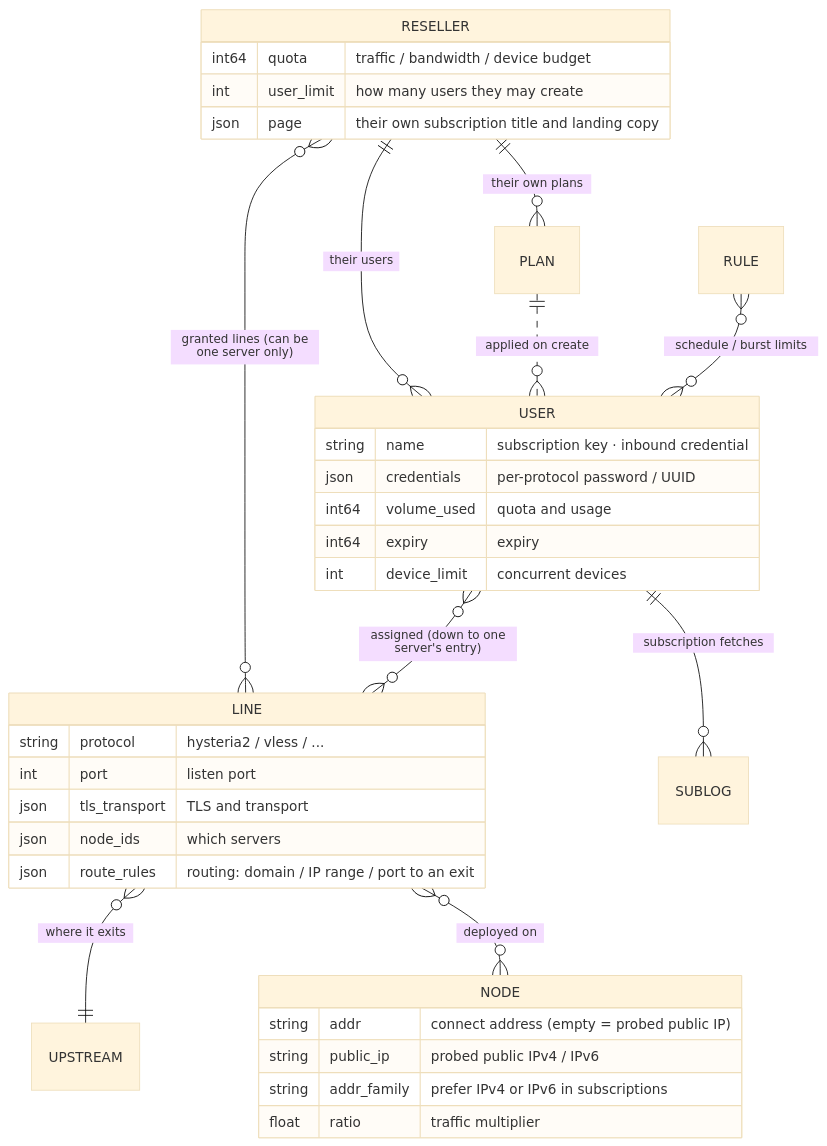
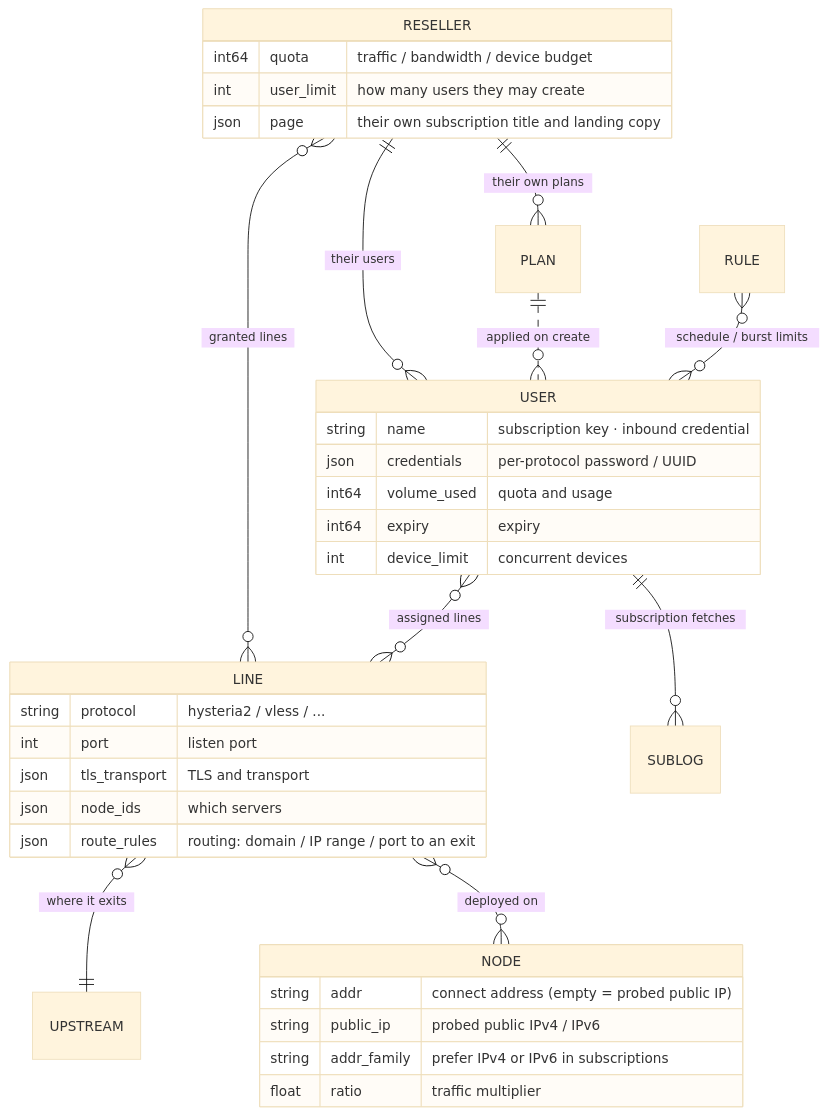
One commit to Maoyangui/m-ui changed the fifth of 5 diagrams in README.en.md. Above: the diagram before and after it, drawn with Mermaid (base theme). The commit also changed 1 other file, not shown here.

Commit message:
README 数据模型图:关系标签缩短,不再被折成两行

````diff
--- a/README.en.md
+++ b/README.en.md
@@ -218,42 +218,42 @@
 ```mermaid
 ---
 config:
   htmlLabels: false
 ---
 erDiagram
   RESELLER ||--o{ USER : "their users"
   RESELLER ||--o{ PLAN : "their own plans"
-  RESELLER }o--o{ LINE : "granted lines (can be one server only)"
-  USER }o--o{ LINE : "assigned (down to one server's entry)"
+  RESELLER }o--o{ LINE : "granted lines"
+  USER }o--o{ LINE : "assigned lines"
   PLAN ||..o{ USER : "applied on create"
   LINE }o--|| UPSTREAM : "where it exits"
   LINE }o--o{ NODE : "deployed on"
   USER ||--o{ SUBLOG : "subscription fetches"
   RULE }o--o{ USER : "schedule / burst limits"
 
   USER {
     string name "subscription key · inbound credential"
     json credentials "per-protocol password / UUID"
     int64 volume_used "quota and usage"
     int64 expiry "expiry"
     int device_limit "concurrent devices"
   }
   LINE {
     string protocol "hysteria2 / vless / ..."
     int port "listen port"
     json tls_transport "TLS and transport"
     json node_ids "which servers"
     json route_rules "routing: domain / IP range / port to an exit"
   }
   NODE {
     string addr "connect address (empty = probed public IP)"
     string public_ip "probed public IPv4 / IPv6"
     string addr_family "prefer IPv4 or IPv6 in subscriptions"
     float ratio "traffic multiplier"
   }
   RESELLER {
     int64 quota "traffic / bandwidth / device budget"
     int user_limit "how many users they may create"
     json page "their own subscription title and landing copy"
   }
 ```
````
